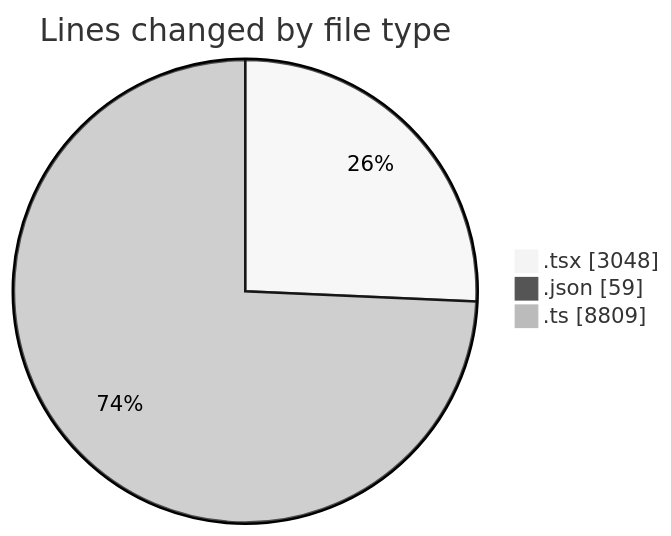
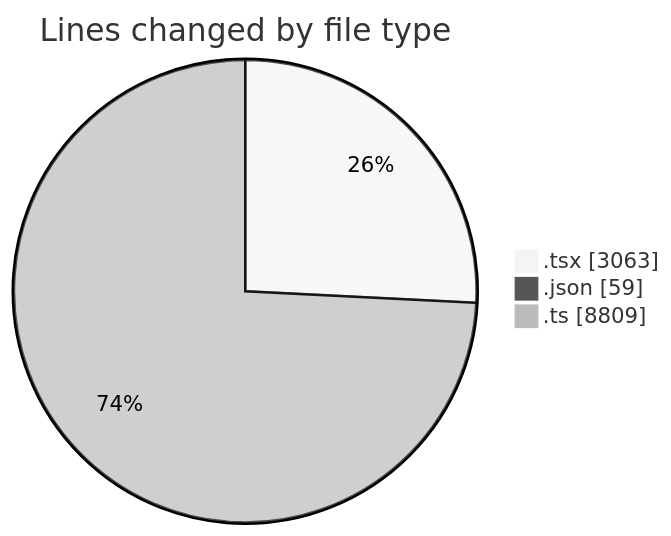
One commit to momahboobian/code-tracking changed the first of 2 diagrams in 2025-11-24/cda/README.md. Above: the diagram before and after it, drawn with Mermaid (neutral theme). The commit also changed other lines of this file and 1 other file, not shown here.

````diff
--- a/2025-11-24/cda/README.md
+++ b/2025-11-24/cda/README.md
@@ -33,7 +33,7 @@
 ```mermaid
 pie showData
 title Lines changed by file type
-".tsx" : 3048
+".tsx" : 3063
 ".json" : 59
 ".ts" : 8809
 ```
````
